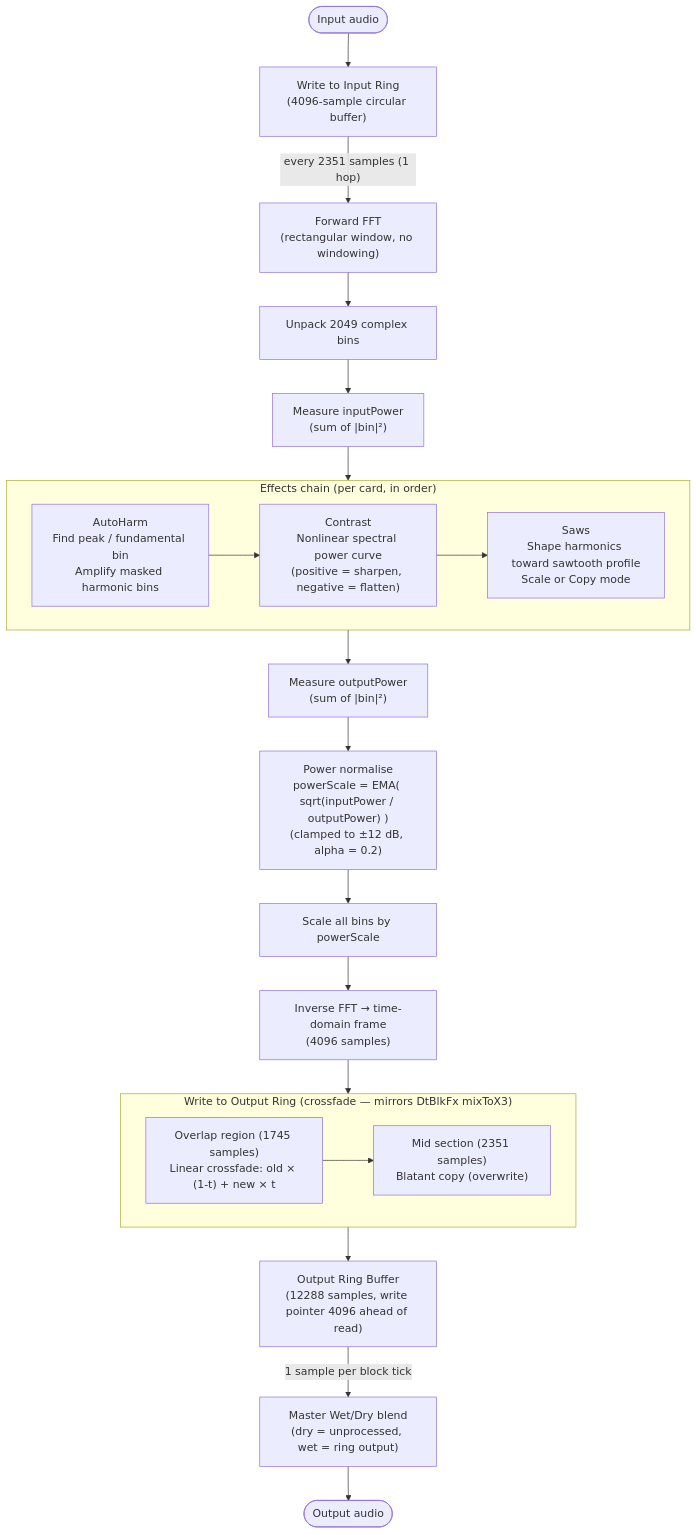
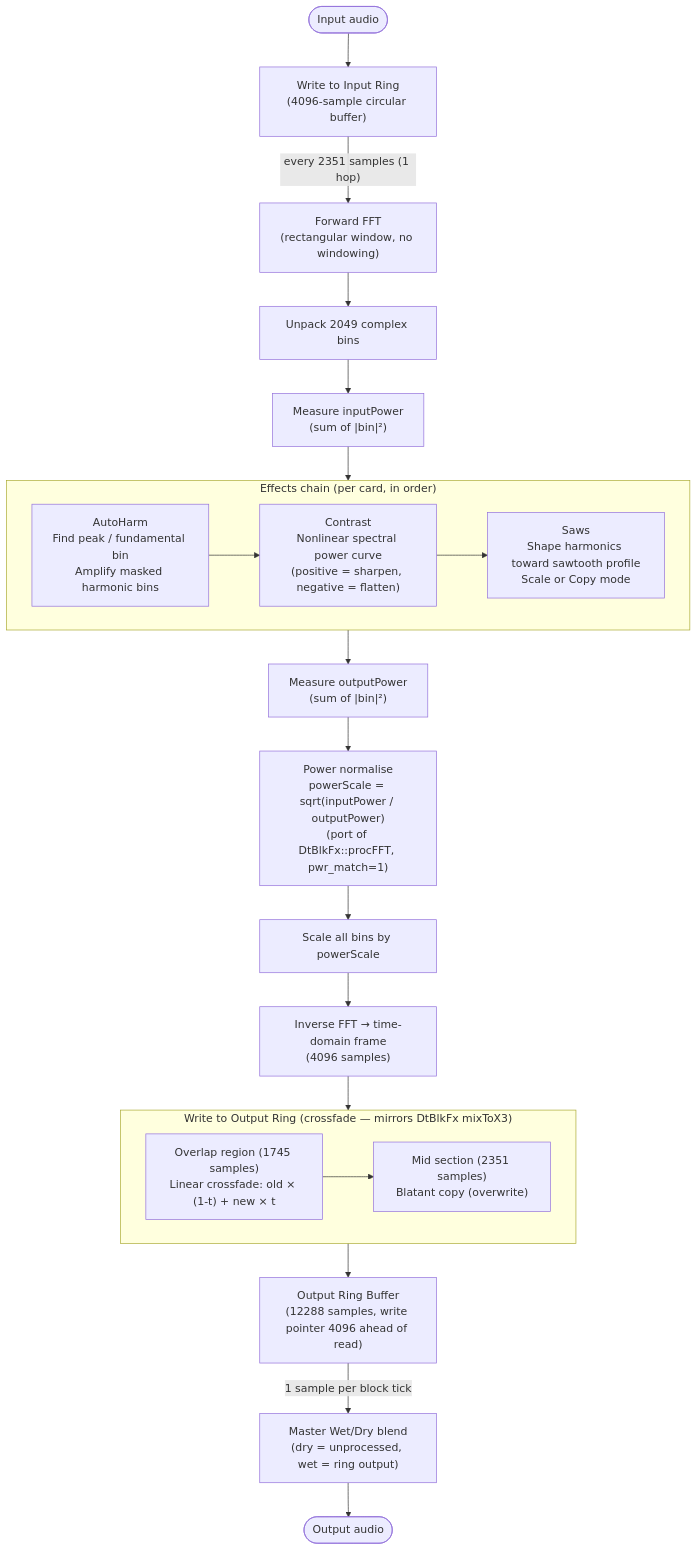
One commit to cloph-dsp/CognitoniBlkFx changed the diagram in README.md. Above: the diagram before and after it, drawn with Mermaid. The commit also changed 4 other files, not shown here.

````diff
--- a/README.md
+++ b/README.md
@@ -28,33 +28,33 @@
 ```mermaid
 flowchart TB
     IN([Input audio])
     IN --> IBUF["Write to Input Ring\n(4096-sample circular buffer)"]
     IBUF -->|"every 2351 samples (1 hop)"| FFT["Forward FFT\n(rectangular window, no windowing)"]
     FFT --> UNPACK["Unpack 2049 complex bins"]
     UNPACK --> IPWR["Measure inputPower\n(sum of |bin|²)"]
     IPWR --> FX
 
     subgraph FX ["Effects chain (per card, in order)"]
         AH["AutoHarm\nFind peak / fundamental bin\nAmplify masked harmonic bins"]
         CT["Contrast\nNonlinear spectral power curve\n(positive = sharpen, negative = flatten)"]
         SW["Saws\nShape harmonics toward sawtooth profile\nScale or Copy mode"]
         AH --> CT --> SW
     end
 
     FX --> OPWR["Measure outputPower\n(sum of |bin|²)"]
-    OPWR --> NORM["Power normalise\npowerScale = EMA( sqrt(inputPower / outputPower) )\n(clamped to ±12 dB, alpha = 0.2)"]
+    OPWR --> NORM["Power normalise\npowerScale = sqrt(inputPower / outputPower)\n(port of DtBlkFx::procFFT, pwr_match=1)"]
     NORM --> SCALE["Scale all bins by powerScale"]
     SCALE --> IFFT["Inverse FFT → time-domain frame\n(4096 samples)"]
 
     IFFT --> XFADE
 
     subgraph XFADE ["Write to Output Ring (crossfade — mirrors DtBlkFx mixToX3)"]
         OV["Overlap region (1745 samples)\nLinear crossfade: old × (1-t) + new × t"]
         MC["Mid section (2351 samples)\nBlatant copy (overwrite)"]
         OV --> MC
     end
 
     XFADE --> ORING["Output Ring Buffer\n(12288 samples, write pointer 4096 ahead of read)"]
     ORING -->|"1 sample per block tick"| MIX["Master Wet/Dry blend\n(dry = unprocessed, wet = ring output)"]
     MIX --> OUT([Output audio])
 ```
````
